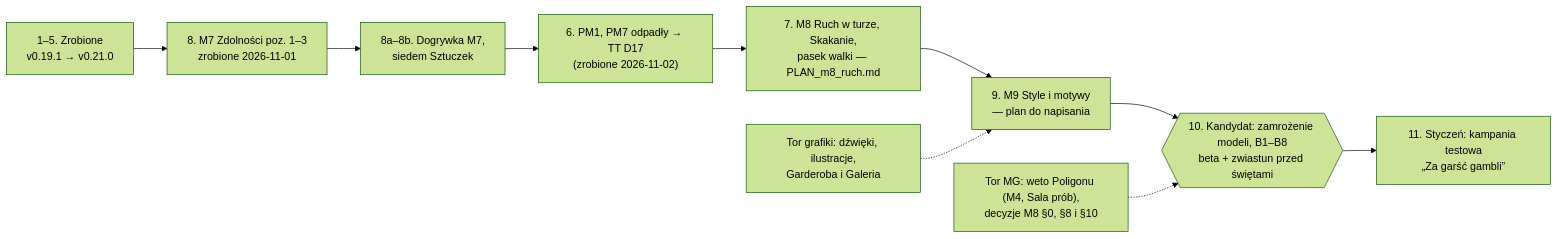
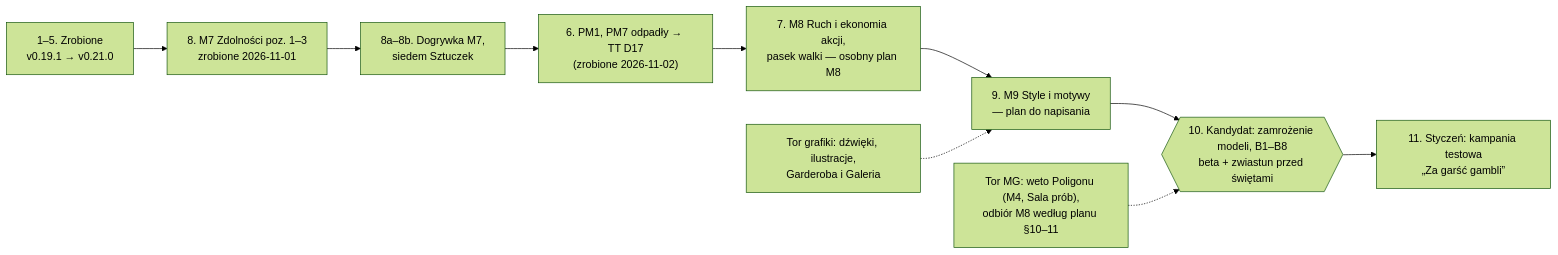
Before and after one commit to jjanisze/FVTT-NOE: the first of 2 diagrams in PLAN_beta.md, drawn with Mermaid (forest theme). The commit also changed other lines of this file and 8 other files, not shown here.

````diff
--- a/PLAN_beta.md
+++ b/PLAN_beta.md
@@ -53,12 +54,12 @@
 ```mermaid
 flowchart LR
   DONE["1–5. Zrobione<br/>v0.19.1 → v0.21.0"] --> M7["8. M7 Zdolności poz. 1–3<br/>zrobione 2026-11-01"]
   M7 --> M7B["8a–8b. Dogrywka M7,<br/>siedem Sztuczek"]
   M7B --> PM["6. PM1, PM7 odpadły → TT D17<br/>(zrobione 2026-11-02)"]
-  PM --> RU["7. M8 Ruch w turze, Skakanie,<br/>pasek walki — PLAN_m8_ruch.md"]
+  PM --> RU["7. M8 Ruch i ekonomia akcji,<br/>pasek walki — osobny plan M8"]
   RU --> ST["9. M9 Style i motywy<br/>— plan do napisania"]
   ST --> RC{{"10. Kandydat: zamrożenie modeli, B1–B8<br/>beta + zwiastun przed świętami"}}
   RC --> GG["11. Styczeń: kampania testowa<br/>„Za garść gambli”"]
-  MG["Tor MG: weto Poligonu (M4, Sala prób),<br/>decyzje M8 §0, §8 i §10"] -.-> RC
+  MG["Tor MG: weto Poligonu (M4, Sala prób),<br/>odbiór M8 według planu §10–11"] -.-> RC
   ART["Tor grafiki: dźwięki, ilustracje,<br/>Garderoba i Galeria"] -.-> ST
 ```
````
